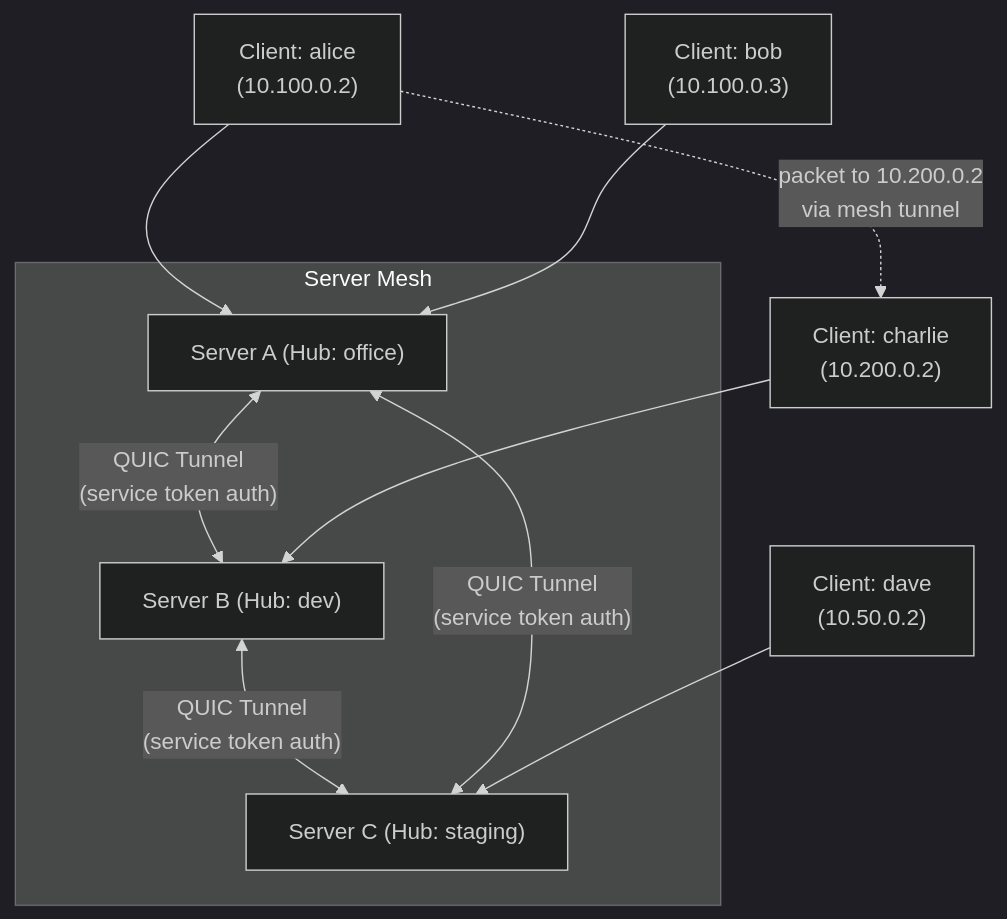
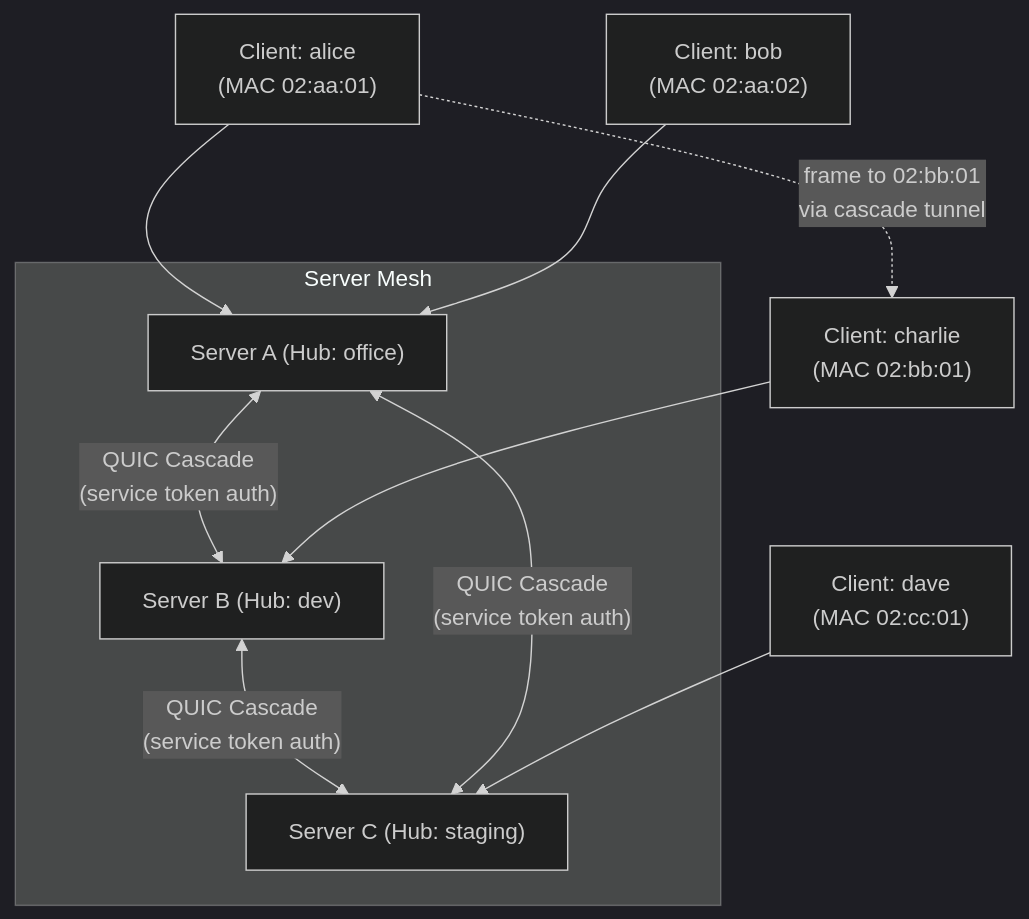
One commit to quicether/book changed the diagram in 07-server-mesh-and-discovery.md. Above: the diagram before and after it, drawn with Mermaid (dark theme). The commit also changed other lines of this file and 18 other files, not shown here.

First line of the commit message:
Refactor QuicEther to support Layer 2 (TAP) architecture with Local Bridge functionality

````diff
--- a/07-server-mesh-and-discovery.md
+++ b/07-server-mesh-and-discovery.md
@@ -3,19 +3,19 @@
 ```mermaid
 graph TD
   subgraph MeshCluster["Server Mesh"]
     A["Server A (Hub: office)"]
     B["Server B (Hub: dev)"]
     C["Server C (Hub: staging)"]
   end
 
-  A <-->|"QUIC Tunnel\n(service token auth)"| B
-  B <-->|"QUIC Tunnel\n(service token auth)"| C
-  A <-->|"QUIC Tunnel\n(service token auth)"| C
+  A <-->|"QUIC Cascade\n(service token auth)"| B
+  B <-->|"QUIC Cascade\n(service token auth)"| C
+  A <-->|"QUIC Cascade\n(service token auth)"| C
 
-  C1["Client: alice\n(10.100.0.2)"] --> A
-  C2["Client: bob\n(10.100.0.3)"] --> A
-  C3["Client: charlie\n(10.200.0.2)"] --> B
-  C4["Client: dave\n(10.50.0.2)"] --> C
+  C1["Client: alice\n(MAC 02:aa:01)"] --> A
+  C2["Client: bob\n(MAC 02:aa:02)"] --> A
+  C3["Client: charlie\n(MAC 02:bb:01)"] --> B
+  C4["Client: dave\n(MAC 02:cc:01)"] --> C
 
-  C1 -.->|"packet to 10.200.0.2\nvia mesh tunnel"| C3
+  C1 -.->|"frame to 02:bb:01\nvia cascade tunnel"| C3
 ```
````
